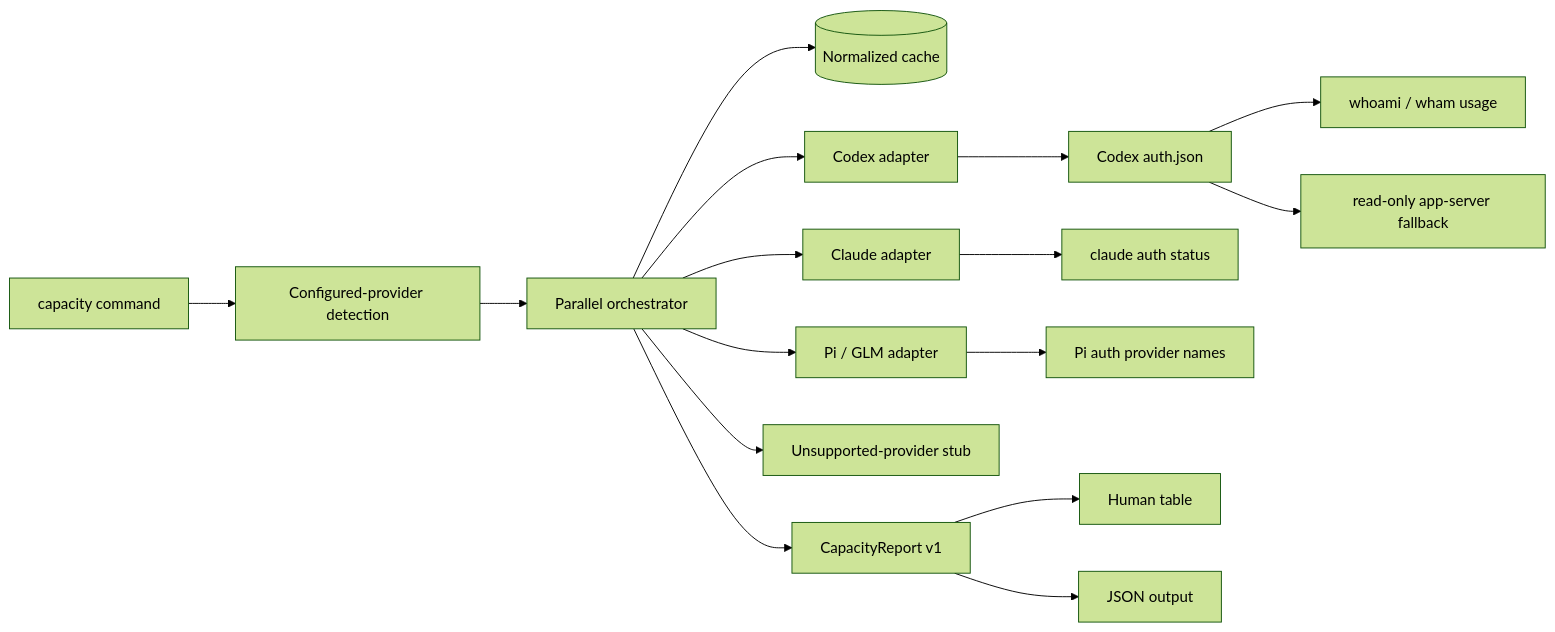
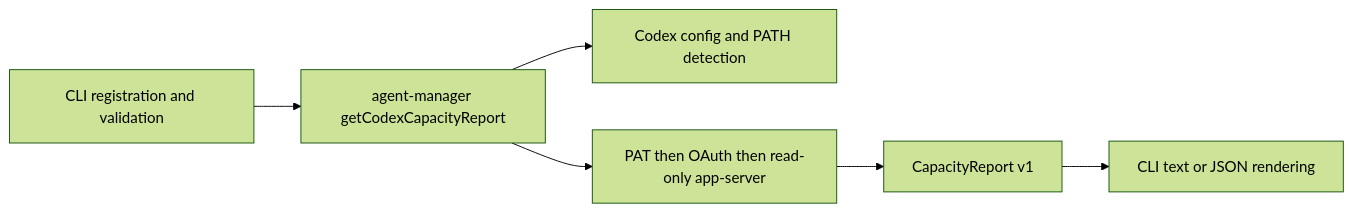
The diagram in docs/ai/design/2026-08-09-feature-capacity-command.md (codeaholicguy/ai-devkit), drawn with Mermaid (forest theme) before and after one commit. The commit also changed other lines of this file and 24 other files, not shown here.

Commit message:
refactor(capacity): simplify to fresh codex probes

````diff
--- a/docs/ai/design/2026-08-09-feature-capacity-command.md
+++ b/docs/ai/design/2026-08-09-feature-capacity-command.md
@@ -11,18 +11,8 @@
 ```mermaid
 flowchart LR
-  CLI[capacity command] --> Detect[Configured-provider detection]
-  Detect --> Orchestrator[Parallel orchestrator]
-  Orchestrator --> Cache[(Normalized cache)]
-  Orchestrator --> Codex[Codex adapter]
-  Orchestrator --> Claude[Claude adapter]
-  Orchestrator --> Pi[Pi / GLM adapter]
-  Orchestrator --> Stub[Unsupported-provider stub]
-  Codex --> AuthFile[Codex auth.json]
-  AuthFile --> UsageAPI[whoami / wham usage]
-  AuthFile --> AppServer[read-only app-server fallback]
-  Claude --> AuthStatus[claude auth status]
-  Pi --> PiAuth[Pi auth provider names]
-  Orchestrator --> Report[CapacityReport v1]
-  Report --> Human[Human table]
-  Report --> JSON[JSON output]
+  CLI[CLI registration and validation] --> Manager[agent-manager getCodexCapacityReport]
+  Manager --> Detect[Codex config and PATH detection]
+  Manager --> Probe[PAT then OAuth then read-only app-server]
+  Probe --> Normalize[CapacityReport v1]
+  Normalize --> Render[CLI text or JSON rendering]
 ```
````
